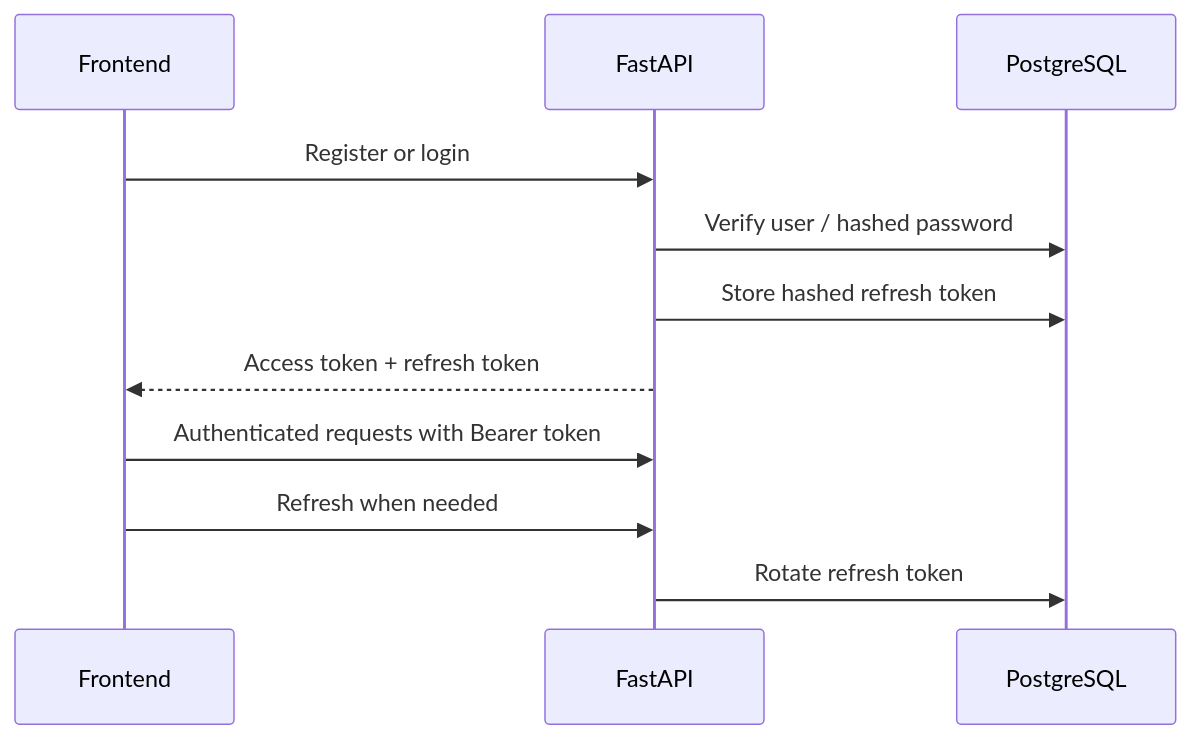
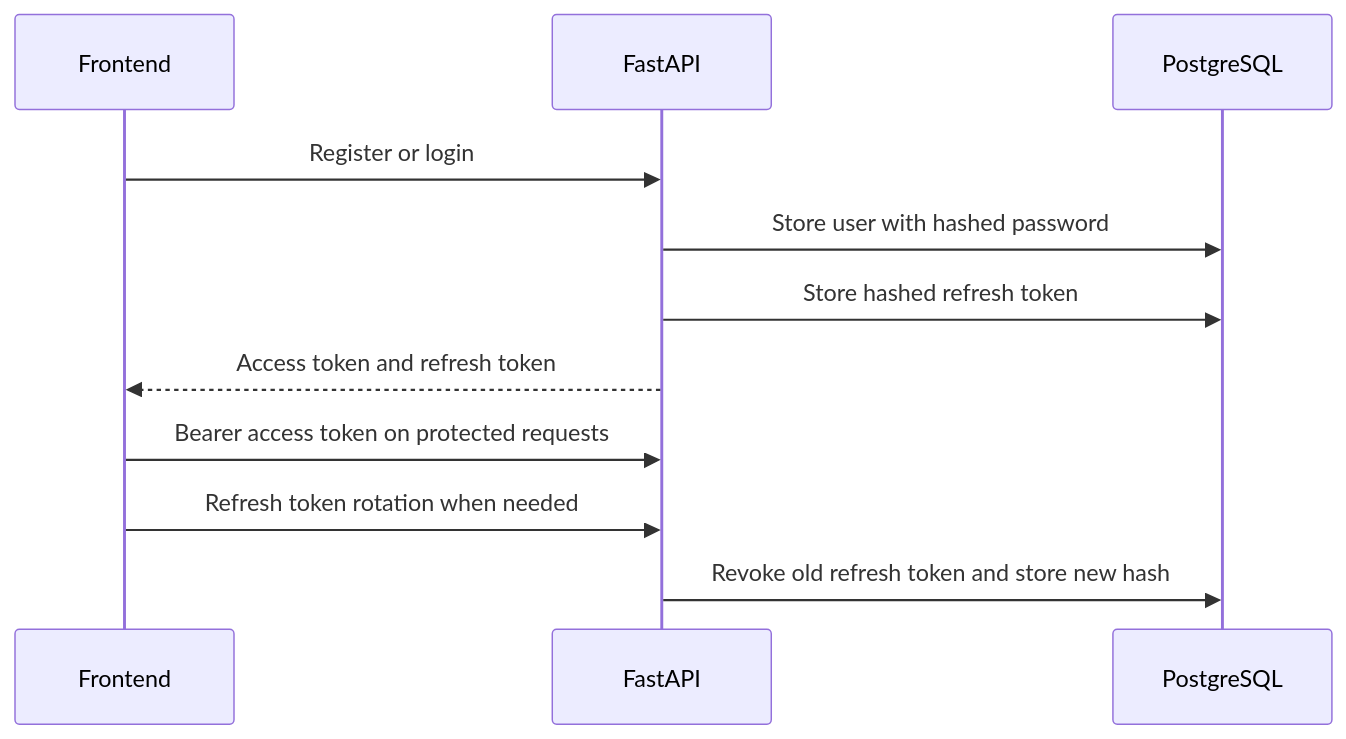
One commit to NavyaThellapati/documind-ai-document-qa-assistant changed the third of 3 diagrams in README.md. Above: the diagram before and after it, drawn with Mermaid. The commit also changed other lines of this file and 92 other files, not shown here.

````diff
--- a/README.md
+++ b/README.md
@@ -92,14 +107,14 @@
 ```mermaid
 sequenceDiagram
   participant UI as Frontend
   participant API as FastAPI
   participant DB as PostgreSQL
 
   UI->>API: Register or login
-  API->>DB: Verify user / hashed password
+  API->>DB: Store user with hashed password
   API->>DB: Store hashed refresh token
-  API-->>UI: Access token + refresh token
-  UI->>API: Authenticated requests with Bearer token
-  UI->>API: Refresh when needed
-  API->>DB: Rotate refresh token
+  API-->>UI: Access token and refresh token
+  UI->>API: Bearer access token on protected requests
+  UI->>API: Refresh token rotation when needed
+  API->>DB: Revoke old refresh token and store new hash
 ```
````
